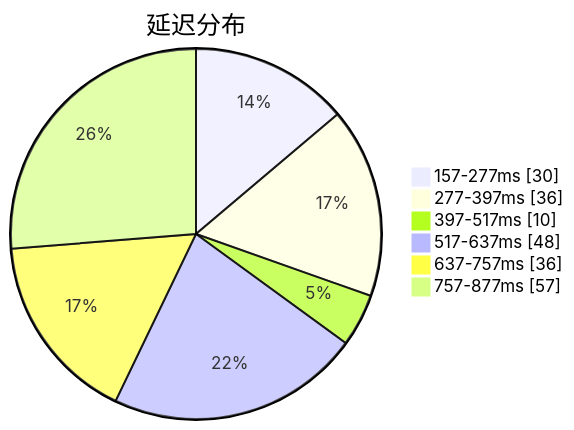
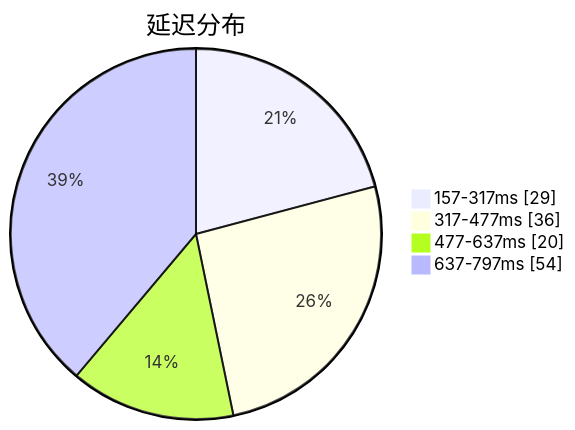
One commit to qjlxg/airport changed the first of 3 diagrams in subs/statistics/tested_within.md. Above: the diagram before and after it, drawn with Mermaid. The commit also changed other lines of this file and 2 other files, not shown here.

````diff
--- a/subs/statistics/tested_within.md
+++ b/subs/statistics/tested_within.md
@@ -2,10 +2,8 @@
 ```mermaid
 pie showData
 title 延迟分布
-"157-277ms" : 30
-"277-397ms" : 36
-"397-517ms" : 10
-"517-637ms" : 48
-"637-757ms" : 36
-"757-877ms" : 57
+"157-317ms" : 29
+"317-477ms" : 36
+"477-637ms" : 20
+"637-797ms" : 54
 ```
````
